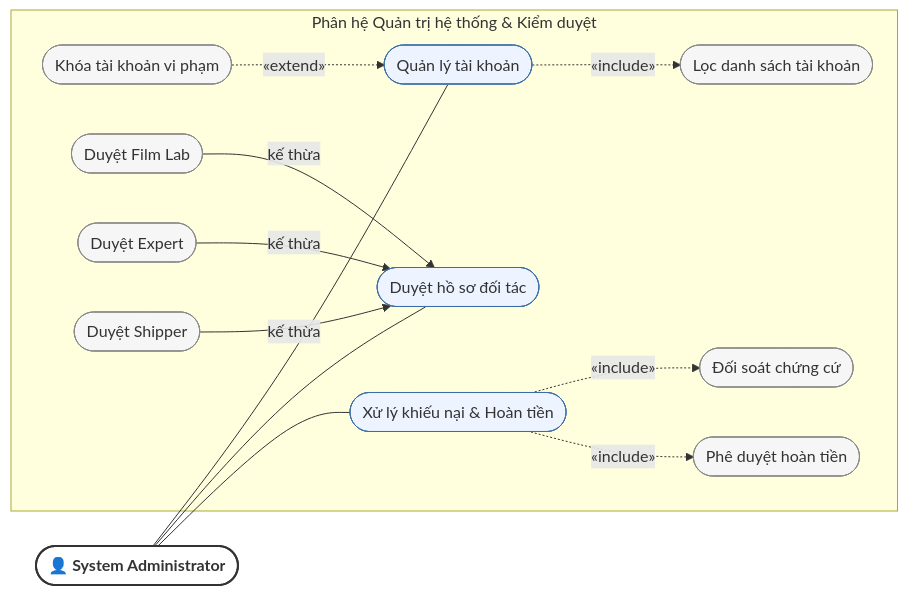
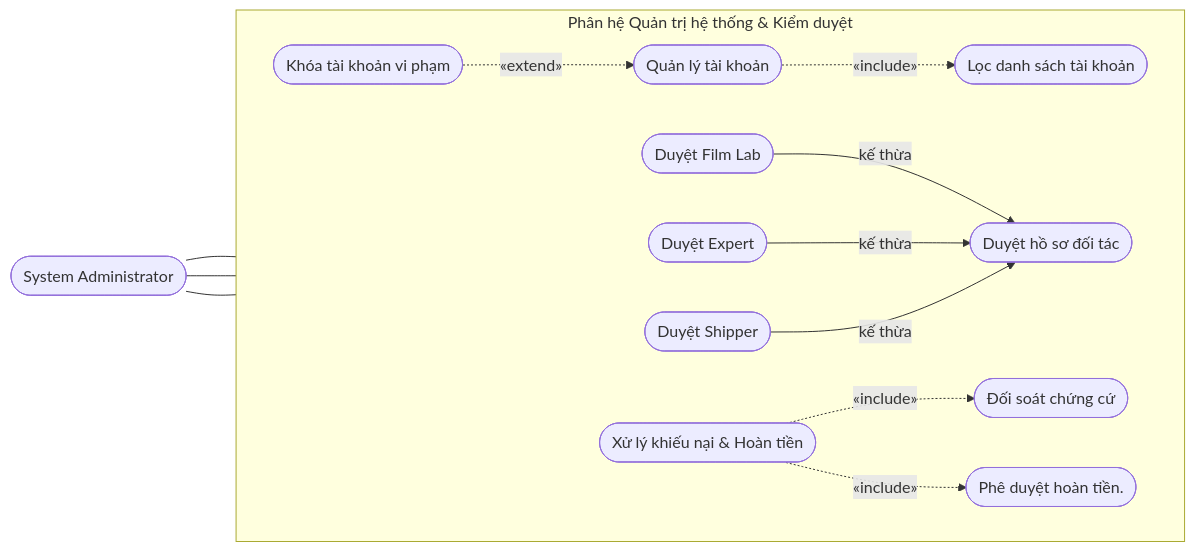
One commit to huylamnhat/Photographer-enthusiastic-environment changed the fourth of 6 diagrams in doc/week 2/so-do-chuc-nang-nghiep-vu.md. Above: the diagram before and after it, drawn with Mermaid. The commit also changed other lines of this file, not shown here.

Commit message:
Refactor use case diagrams for clarity and consistency

````diff
--- a/doc/week 2/so-do-chuc-nang-nghiep-vu.md
+++ b/doc/week 2/so-do-chuc-nang-nghiep-vu.md
@@ -180,35 +174,33 @@
 ```mermaid
 flowchart LR
-    classDef actor fill:#fff,stroke:#333,stroke-width:2px,font-weight:bold
-    classDef uc fill:#eef4ff,stroke:#3b6ea5
-    classDef sub fill:#f6f6f6,stroke:#888
 
-    ADM(["👤 System Administrator"]):::actor
+    ADM([" System Administrator"])
 
     subgraph SYS["Phân hệ Quản trị hệ thống & Kiểm duyệt"]
-        Q1(["Quản lý tài khoản"]):::uc
-        Q1a(["Lọc danh sách tài khoản"]):::sub
-        Q1b(["Khóa tài khoản vi phạm"]):::sub
+        direction LR
+        Q1(["Quản lý tài khoản"])
+        Q1a(["Lọc danh sách tài khoản"])
+        Q1b(["Khóa tài khoản vi phạm"])
 
-        Q2(["Duyệt hồ sơ đối tác"]):::uc
-        Q2a(["Duyệt Film Lab"]):::sub
-        Q2b(["Duyệt Expert"]):::sub
-        Q2c(["Duyệt Shipper"]):::sub
+        Q2(["Duyệt hồ sơ đối tác"])
+        Q2a(["Duyệt Film Lab"])
+        Q2b(["Duyệt Expert"])
+        Q2c(["Duyệt Shipper"])
 
-        Q3(["Xử lý khiếu nại & Hoàn tiền"]):::uc
-        Q3a(["Đối soát chứng cứ"]):::sub
-        Q3b(["Phê duyệt hoàn tiền"]):::sub
+        Q3(["Xử lý khiếu nại & Hoàn tiền"])
+        Q3a(["Đối soát chứng cứ"])
+        Q3b(["Phê duyệt hoàn tiền."])
     end
 
     ADM --- Q1 & Q2 & Q3
 
     Q1 -.->|«include»| Q1a
     Q1b -.->|«extend»| Q1
 
     Q2a -->|kế thừa| Q2
     Q2b -->|kế thừa| Q2
     Q2c -->|kế thừa| Q2
 
     Q3 -.->|«include»| Q3a
     Q3 -.->|«include»| Q3b
 ```
````
